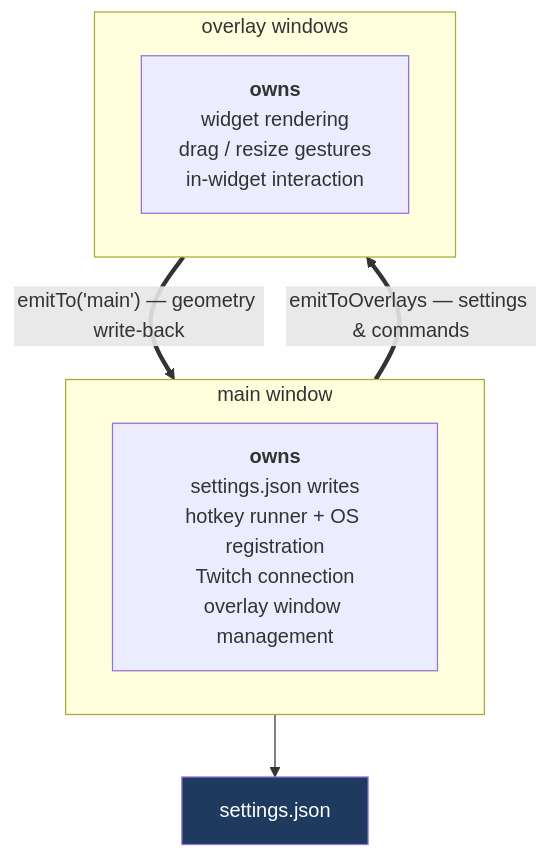
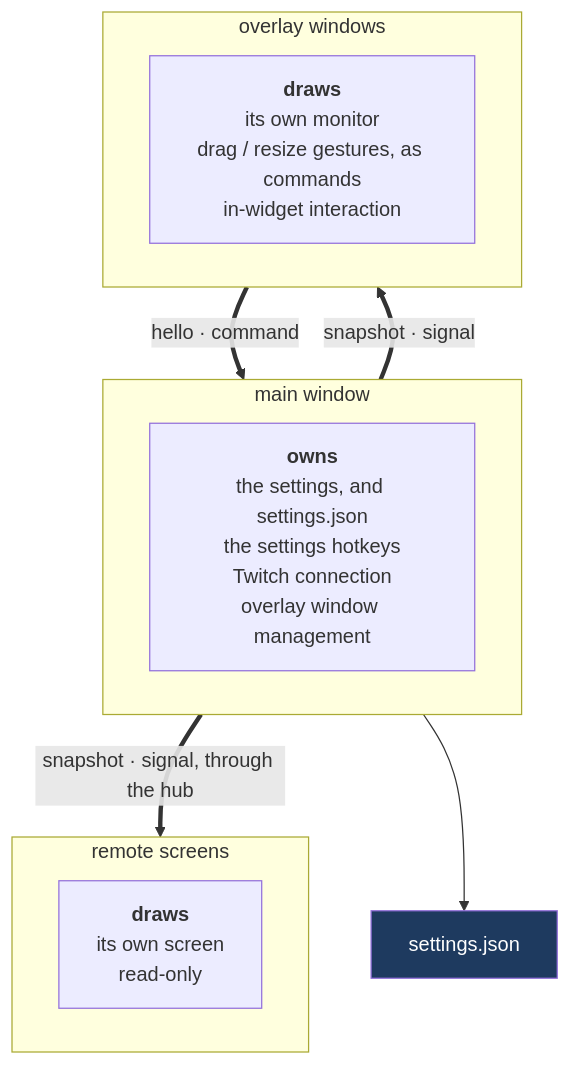
One commit to mvoof/Marble-Trace changed diagram 19 of 24 in docs/architecture.md. Above: the diagram before and after it, drawn with Mermaid. The commit also changed other lines of this file and 665 other files, not shown here.

Commit message:
Architecture rework: sim logic in Rust, main owns settings (#583)

````diff
--- a/docs/architecture.md
+++ b/docs/architecture.md
@@ -1419,16 +1421,20 @@
 ```mermaid
 flowchart TB
     subgraph MAIN["main window"]
-        MOWN["<b>owns</b><br/>settings.json writes<br/>hotkey runner + OS registration<br/>Twitch connection<br/>overlay window management"]
+        MOWN["<b>owns</b><br/>the settings, and settings.json<br/>the settings hotkeys<br/>Twitch connection<br/>overlay window management"]
     end
     subgraph OVL["overlay windows"]
-        OOWN["<b>owns</b><br/>widget rendering<br/>drag / resize gestures<br/>in-widget interaction"]
+        OOWN["<b>draws</b><br/>its own monitor<br/>drag / resize gestures, as commands<br/>in-widget interaction"]
+    end
+    subgraph REM["remote screens"]
+        ROWN["<b>draws</b><br/>its own screen<br/>read-only"]
     end
     DISK["settings.json"]
 
-    MAIN ==>|"emitToOverlays — settings &amp; commands"| OVL
-    OVL ==>|"emitTo('main') — geometry write-back"| MAIN
+    MAIN ==>|"snapshot · signal"| OVL
+    OVL ==>|"hello · command"| MAIN
+    MAIN ==>|"snapshot · signal, through the hub"| REM
     MAIN --> DISK
 
     style DISK fill:#1e3a5f,color:#fff
 ```
````
